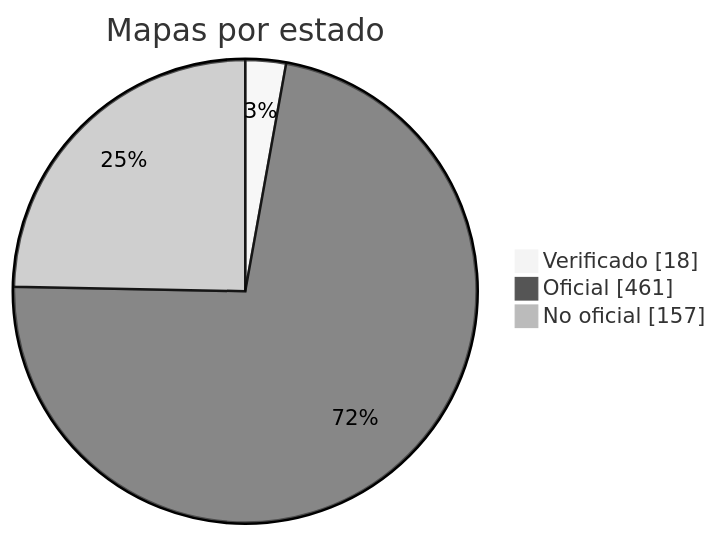
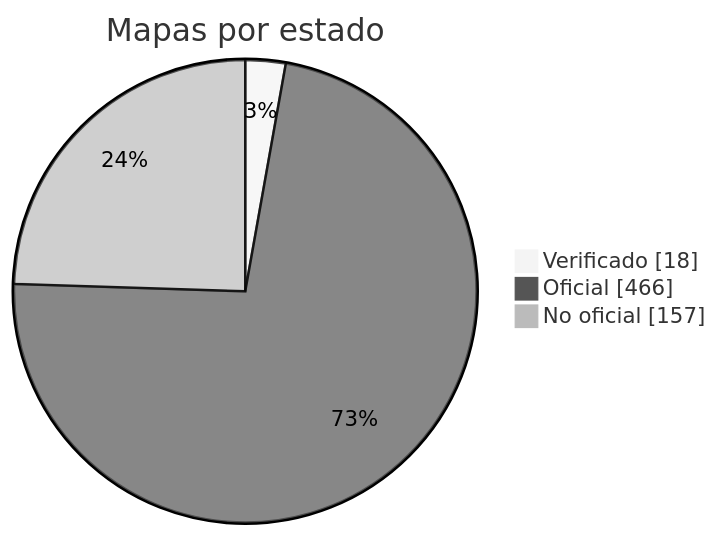
Before and after one commit to nobrega8/mbmap-library: the diagram in docs/readme/README_ES.md, drawn with Mermaid (neutral theme). The commit also changed 10 other files, not shown here.

````diff
--- a/docs/readme/README_ES.md
+++ b/docs/readme/README_ES.md
@@ -54,7 +54,7 @@
 ```mermaid
 pie showData
     title Mapas por estado
     "Verificado" : 18
-    "Oficial" : 461
+    "Oficial" : 466
     "No oficial" : 157
 ```
````
